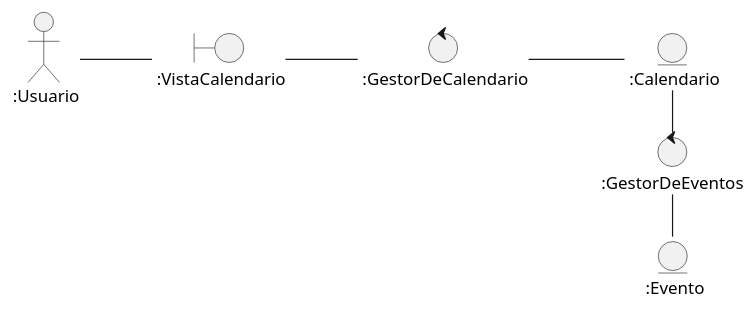
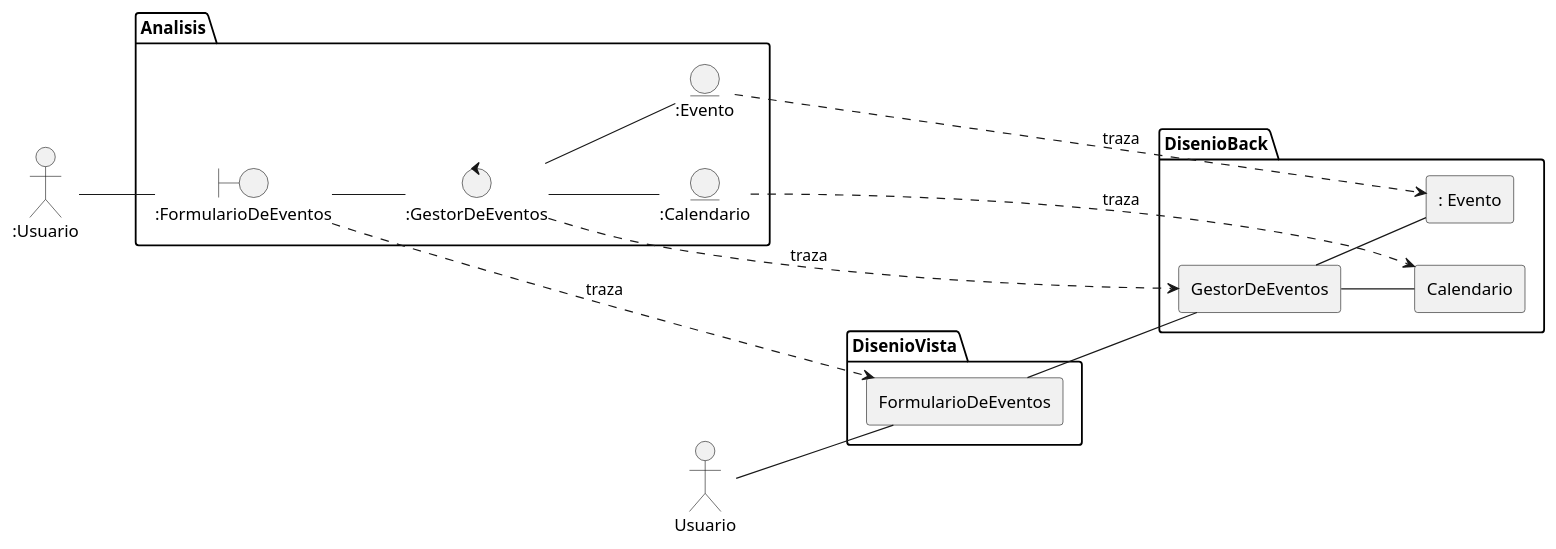
Before and after one commit to Andreinalcm/Proyecto_de_inge_grupo4: the diagram in docs/logicalView/DisciplinaDeAnalisis/DiagramaClasesDeAnalisisCalendario.plantuml, drawn with PlantUML. The commit also changed 8 other files, not shown here.

```diff
--- a/docs/logicalView/DisciplinaDeAnalisis/DiagramaClasesDeAnalisisCalendario.plantuml
+++ b/docs/logicalView/DisciplinaDeAnalisis/DiagramaClasesDeAnalisisCalendario.plantuml
@@ -1,20 +1,43 @@
-@startuml UC13 Revisar Calendario
+@startuml UC3 Publicar evento Traza
+
 left to right direction
 
-Actor " :Usuario" as user
+Actor "Usuario" as u
+Actor "Usuario" as user
+package "DisenioVista"{
+agent FormularioDeEventos as DFE
 
-boundary " :VistaCalendario" as IC
+}
 
-control " :GestorDeCalendario" as CC
+package "DisenioBack"{
+    agent GestorDeEventos as DGE
+    agent  ": Evento" as devent 
+    agent "Calendario" as dcal
+    DGE -- devent
+    DGE -- dcal
+    DFE -- DGE
+}
 
-entity " :Calendario" as C
-entity " :Evento" as E 
-control ":GestorDeEventos" as GE
-user -- IC
-IC -- CC
-CC -- C 
+package Analisis{
 
-GE - E 
-C - GE
+Actor ":Usuario" as u
+
+boundary ":FormularioDeEventos" as form
+control ":GestorDeEventos" as gestor
+
+entity ":Evento" as event 
+entity ":Calendario" as c
+
+  u-- form
+form -- gestor 
+gestor -- event
+gestor -- c
+}
+
+user -- DFE
+form ....> DFE: traza
+gestor ....> DGE: traza
+event ....> devent: traza
+c ....> dcal: traza
 
 @enduml
```
